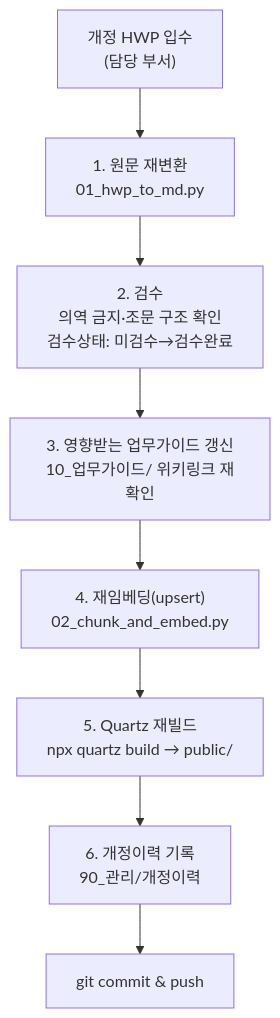
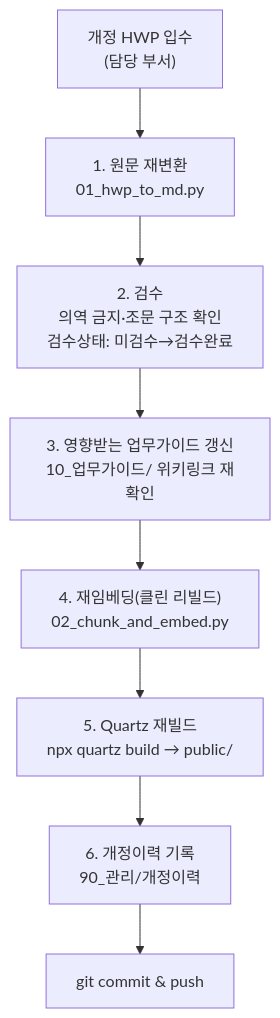
Before and after one commit to mooner92/KEIAdminSuperv: the first of 4 diagrams in docs/10-operations.md, drawn with Mermaid. The commit also changed other lines of this file and 9 other files, not shown here.

````diff
--- a/docs/10-operations.md
+++ b/docs/10-operations.md
@@ -31,10 +31,10 @@
 ```mermaid
 flowchart TD
     A["개정 HWP 입수<br/>(담당 부서)"] --> B["1. 원문 재변환<br/>01_hwp_to_md.py"]
     B --> C["2. 검수<br/>의역 금지·조문 구조 확인<br/>검수상태: 미검수→검수완료"]
     C --> D["3. 영향받는 업무가이드 갱신<br/>10_업무가이드/ 위키링크 재확인"]
-    D --> E["4. 재임베딩(upsert)<br/>02_chunk_and_embed.py"]
+    D --> E["4. 재임베딩(클린 리빌드)<br/>02_chunk_and_embed.py"]
     E --> F["5. Quartz 재빌드<br/>npx quartz build → public/"]
     F --> G["6. 개정이력 기록<br/>90_관리/개정이력"]
     G --> H["git commit & push"]
 ```
````
